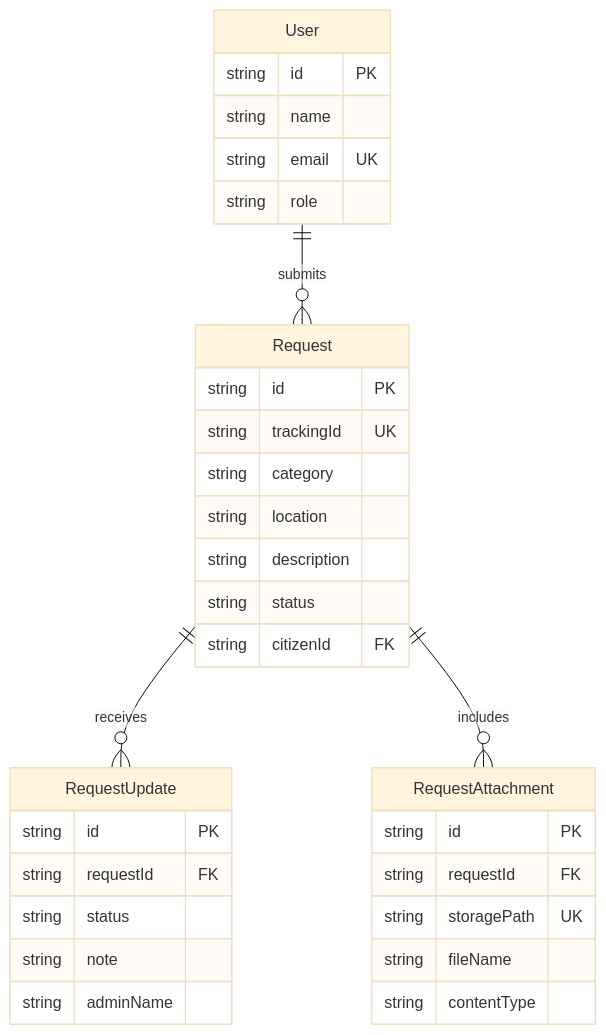
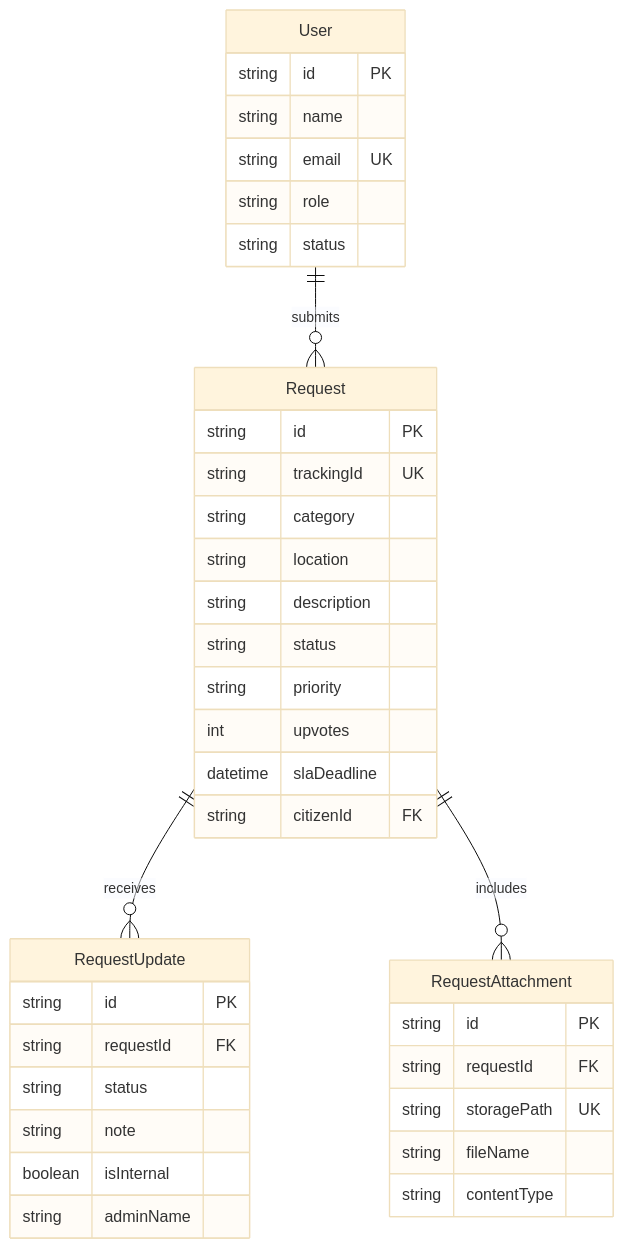
One commit to DANCANKARANI/muranga-psrs changed the second of 2 diagrams in README.md. Above: the diagram before and after it, drawn with Mermaid (base theme). The commit also changed other lines of this file and 1 other file, not shown here.

````diff
--- a/README.md
+++ b/README.md
@@ -53,36 +54,41 @@
 ```mermaid
 erDiagram
     User ||--o{ Request : submits
     Request ||--o{ RequestUpdate : receives
     Request ||--o{ RequestAttachment : includes
 
     User {
         string id PK
         string name
         string email UK
         string role
+        string status
     }
     Request {
         string id PK
         string trackingId UK
         string category
         string location
         string description
         string status
+        string priority
+        int upvotes
+        datetime slaDeadline
         string citizenId FK
     }
     RequestUpdate {
         string id PK
         string requestId FK
         string status
         string note
+        boolean isInternal
         string adminName
     }
     RequestAttachment {
         string id PK
         string requestId FK
         string storagePath UK
         string fileName
         string contentType
     }
 ```
````
